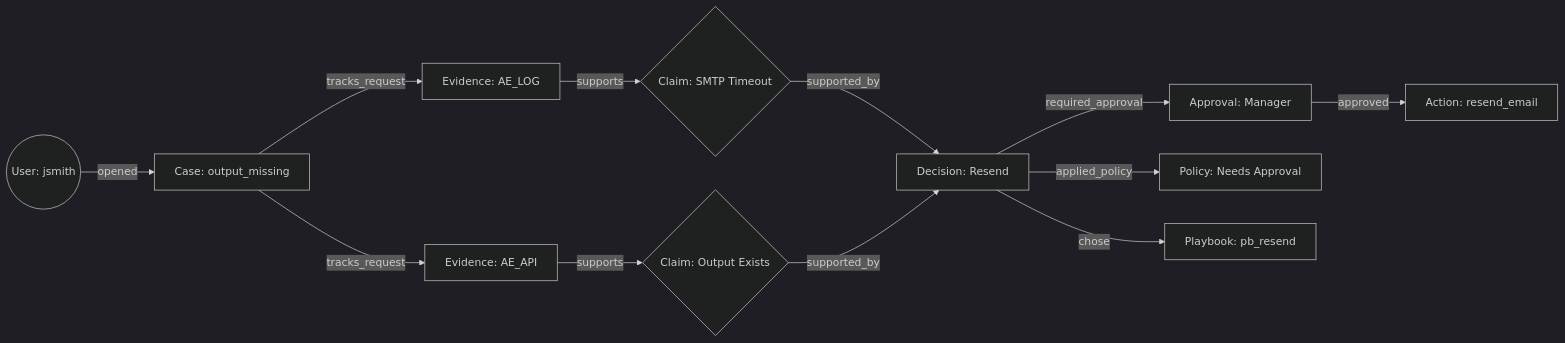
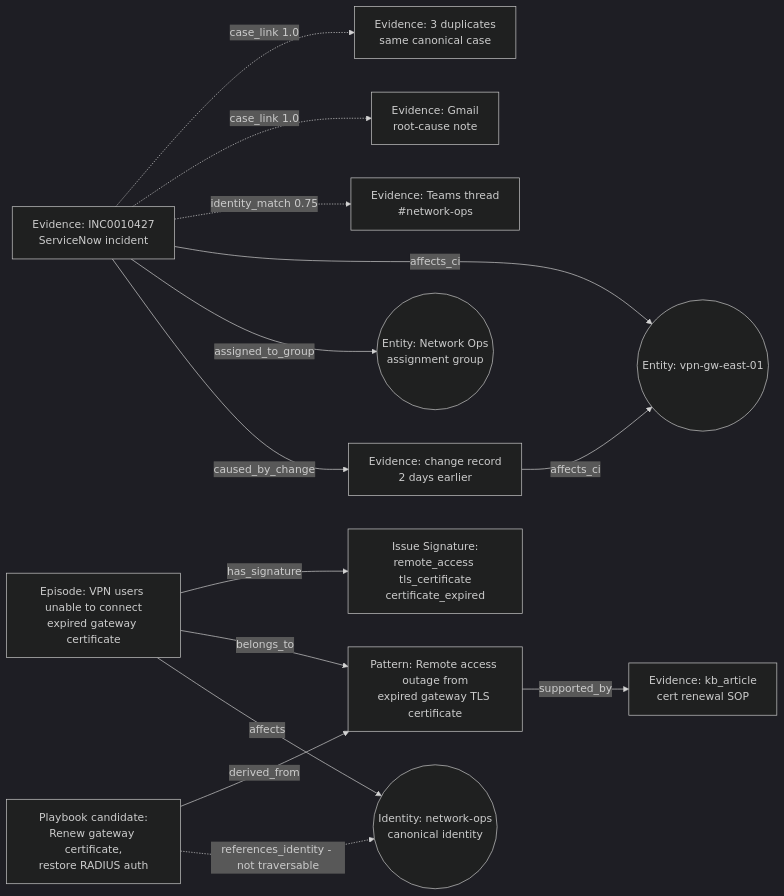
One commit to Valuedx/ContextEdge changed the second of 3 diagrams in docs/08_Context_Graph.md. Above: the diagram before and after it, drawn with Mermaid (dark theme). The commit also changed other lines of this file and 48 other files, not shown here.

````diff
--- a/docs/08_Context_Graph.md
+++ b/docs/08_Context_Graph.md
@@ -561,28 +879,39 @@
 ```mermaid
 graph LR
-    %% Nodes
-    User((User: jsmith))
-    Case[Case: output_missing]
-    Log[Evidence: AE_LOG]
-    API[Evidence: AE_API]
-    Claim1{Claim: SMTP Timeout}
-    Claim2{Claim: Output Exists}
-    Dec[Decision: Resend]
-    Appr[Approval: Manager]
-    Exec[Action: resend_email]
-    Pol[Policy: Needs Approval]
-    PB[Playbook: pb_resend]
+    %% Evidence layer
+    INC[Evidence: INC0010427\nServiceNow incident]
+    DUP[Evidence: 3 duplicates\nsame canonical case]
+    TEAMS[Evidence: Teams thread\n#network-ops]
+    MAIL[Evidence: Gmail\nroot-cause note]
+    CHG[Evidence: change record\n2 days earlier]
+    SOP[Evidence: kb_article\ncert renewal SOP]
 
-    %% Edges
-    User -->|opened| Case
-    Case -->|tracks_request| API
-    Case -->|tracks_request| Log
-    Log -->|supports| Claim1
-    API -->|supports| Claim2
-    Claim1 -->|supported_by| Dec
-    Claim2 -->|supported_by| Dec
-    Dec -->|applied_policy| Pol
-    Dec -->|required_approval| Appr
-    Appr -->|approved| Exec
-    Dec -->|chose| PB
+    %% Entities and identities
+    GW((Entity: vpn-gw-east-01))
+    GRP((Entity: Network Ops\nassignment group))
+    ID((Identity: network-ops\ncanonical identity))
+
+    %% Derived layer
+    EP[Episode: VPN users unable to connect\nexpired gateway certificate]
+    SIG[Issue Signature:\nremote_access tls_certificate\ncertificate_expired]
+    PAT[Pattern: Remote access outage from\nexpired gateway TLS certificate]
+    PB[Playbook candidate:\nRenew gateway certificate,\nrestore RADIUS auth]
+
+    %% Correlation is its own table, drawn dashed
+    INC -.->|case_link 1.0| DUP
+    INC -.->|case_link 1.0| MAIL
+    INC -.->|identity_match 0.75| TEAMS
+
+    %% Real graph edges
+    INC -->|affects_ci| GW
+    CHG -->|affects_ci| GW
+    INC -->|assigned_to_group| GRP
+    INC -->|caused_by_change| CHG
+
+    EP -->|has_signature| SIG
+    EP -->|belongs_to| PAT
+    EP -->|affects| ID
+    PAT -->|supported_by| SOP
+    PB -->|derived_from| PAT
+    PB -.->|references_identity - not traversable| ID
 ```
````
